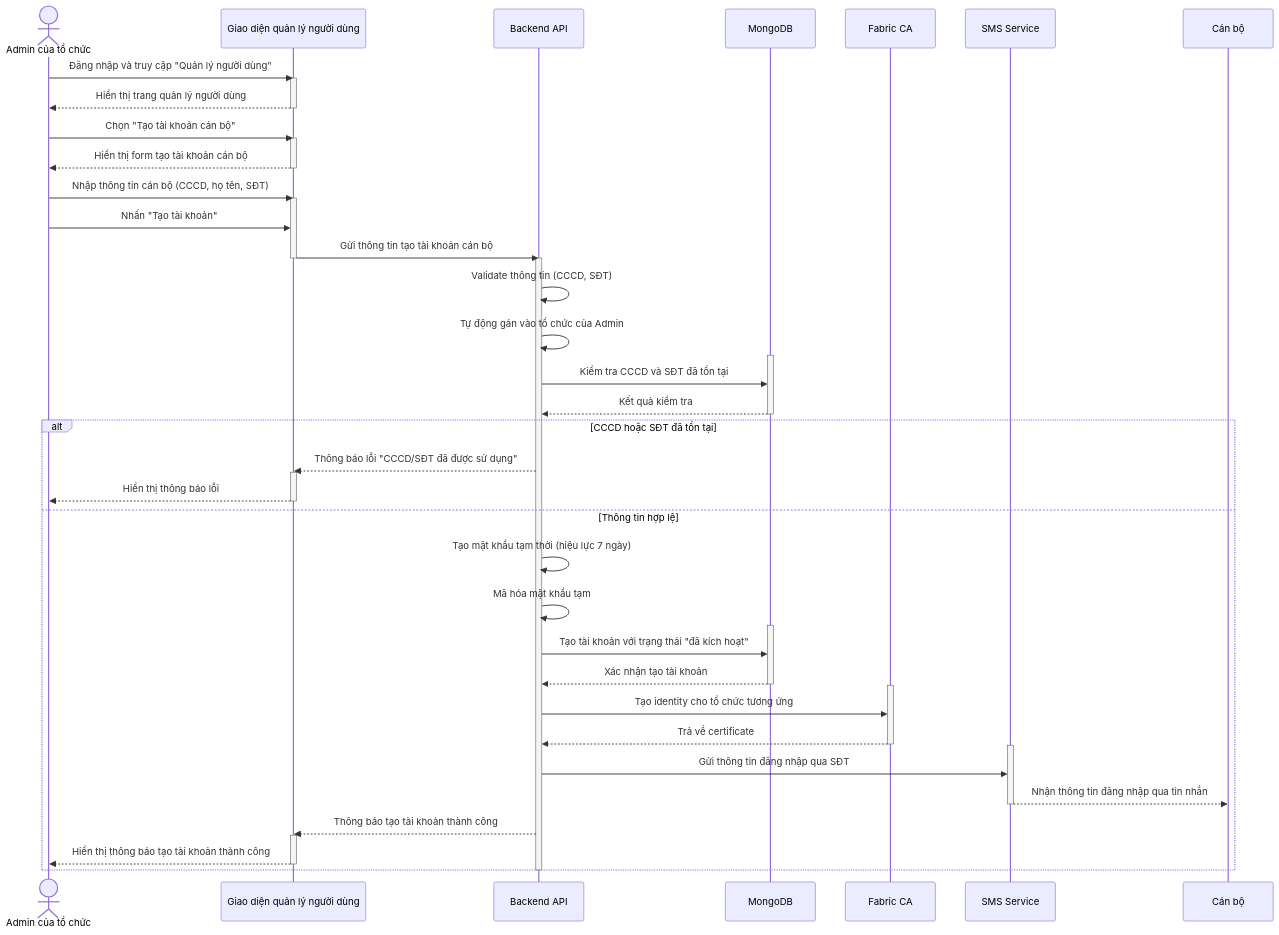
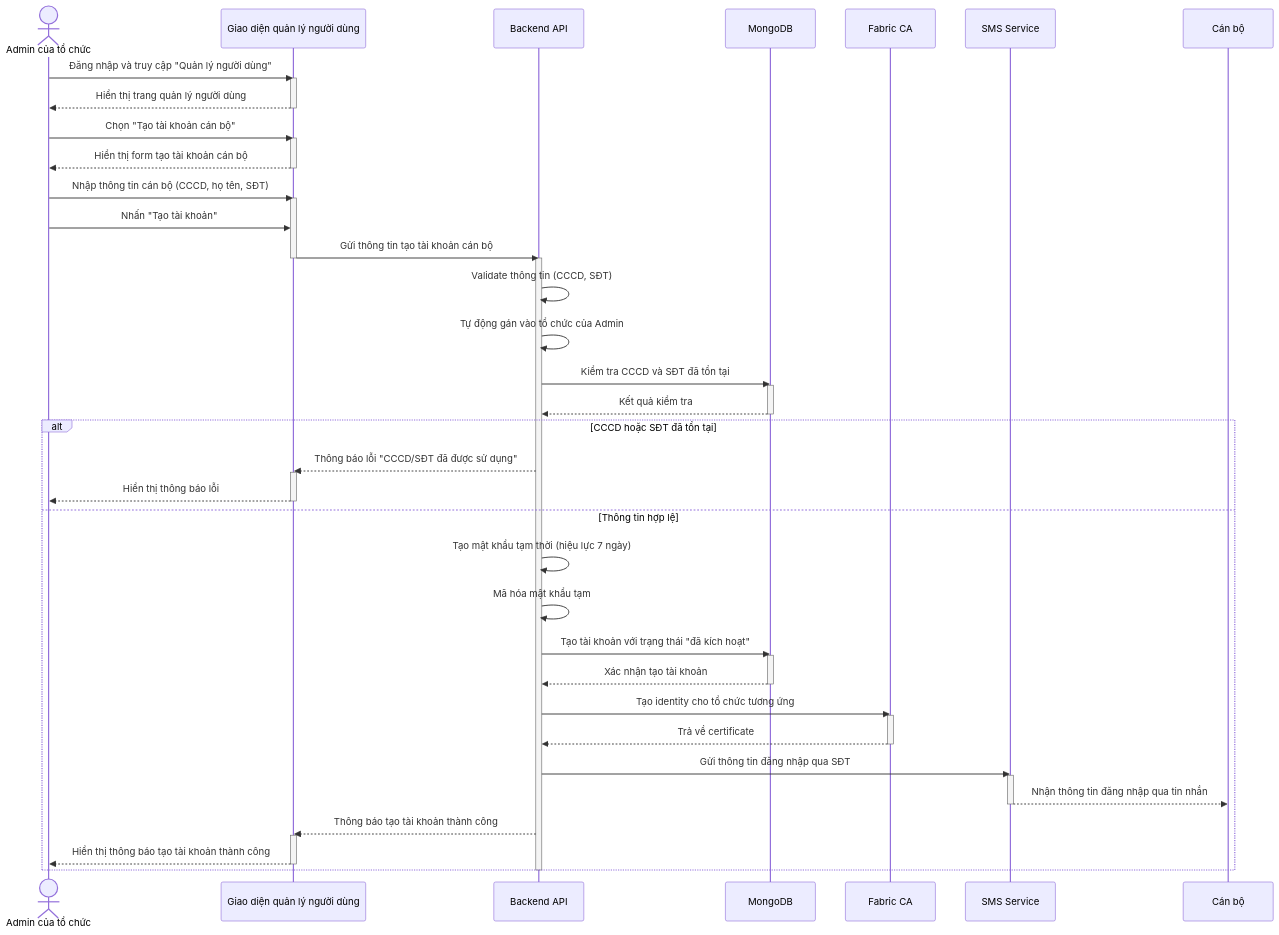
The second of 39 diagrams in Complete_Use_Case_Sequence_Diagrams.md (Thienpkae/DATN), drawn with Mermaid before and after one commit. The commit also changed other lines of this file and 50 other files, not shown here.

````diff
--- a/Complete_Use_Case_Sequence_Diagrams.md
+++ b/Complete_Use_Case_Sequence_Diagrams.md
@@ -139,66 +121,66 @@
 ```mermaid
 sequenceDiagram
     actor Admin as Admin của tổ chức
     participant UI as Giao diện quản lý người dùng
     participant API as Backend API
     participant DB as MongoDB
     participant CA as Fabric CA
     participant SMS as SMS Service
 
     Admin ->> UI: Đăng nhập và truy cập "Quản lý người dùng"
     activate UI
     UI -->> Admin: Hiển thị trang quản lý người dùng
     deactivate UI
 
     Admin ->> UI: Chọn "Tạo tài khoản cán bộ"
     activate UI
     UI -->> Admin: Hiển thị form tạo tài khoản cán bộ
     deactivate UI
 
     Admin ->> UI: Nhập thông tin cán bộ (CCCD, họ tên, SĐT)
     activate UI
     Admin ->> UI: Nhấn "Tạo tài khoản"
     UI ->> API: Gửi thông tin tạo tài khoản cán bộ
     deactivate UI
 
     activate API
     API ->> API: Validate thông tin (CCCD, SĐT)
     API ->> API: Tự động gán vào tổ chức của Admin
 
+    API ->> DB: Kiểm tra CCCD và SĐT đã tồn tại
     activate DB
-    API ->> DB: Kiểm tra CCCD và SĐT đã tồn tại
     DB -->> API: Kết quả kiểm tra
     deactivate DB
 
     alt CCCD hoặc SĐT đã tồn tại
         API -->> UI: Thông báo lỗi "CCCD/SĐT đã được sử dụng"
         activate UI
         UI -->> Admin: Hiển thị thông báo lỗi
         deactivate UI
     else Thông tin hợp lệ
         API ->> API: Tạo mật khẩu tạm thời (hiệu lực 7 ngày)
         API ->> API: Mã hóa mật khẩu tạm
 
+        API ->> DB: Tạo tài khoản với trạng thái "đã kích hoạt"
         activate DB
-        API ->> DB: Tạo tài khoản với trạng thái "đã kích hoạt"
         DB -->> API: Xác nhận tạo tài khoản
         deactivate DB
 
+        API ->> CA: Tạo identity cho tổ chức tương ứng
         activate CA
-        API ->> CA: Tạo identity cho tổ chức tương ứng
         CA -->> API: Trả về certificate
         deactivate CA
 
+        API ->> SMS: Gửi thông tin đăng nhập qua SĐT
         activate SMS
-        API ->> SMS: Gửi thông tin đăng nhập qua SĐT
         SMS -->> Cán bộ: Nhận thông tin đăng nhập qua tin nhắn
         deactivate SMS
 
         API -->> UI: Thông báo tạo tài khoản thành công
         activate UI
         UI -->> Admin: Hiển thị thông báo tạo tài khoản thành công
         deactivate UI
     end
 
     deactivate API
 ```
````
